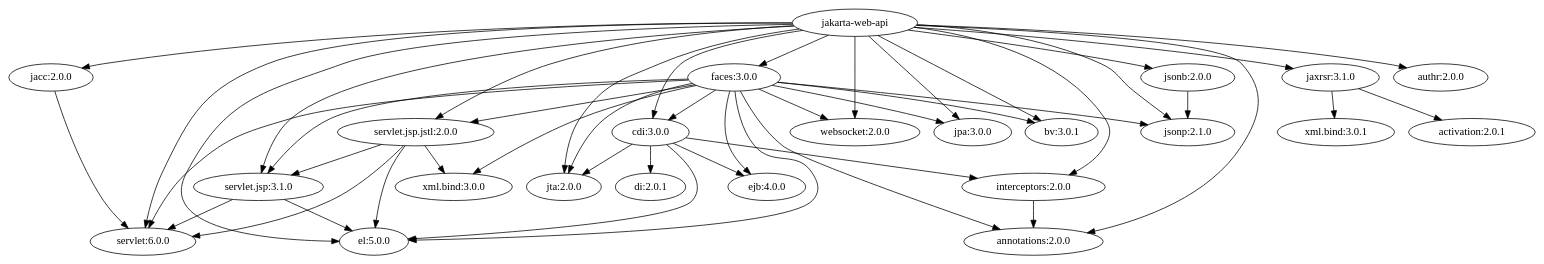
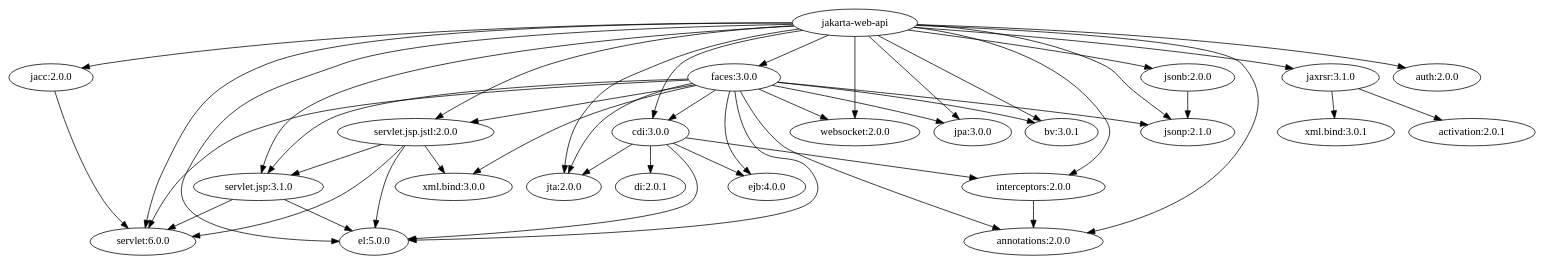
The diagram in specification/src/main/asciidoc/web-dependencies.adoc (jakartaee/platform), drawn with Graphviz before and after one commit.

Commit message:
Correct authentication label

```diff
--- a/specification/src/main/asciidoc/web-dependencies.adoc
+++ b/specification/src/main/asciidoc/web-dependencies.adoc
@@ -24,7 +24,7 @@
 interceptors [label="interceptors:2.0.0"];
 cdi [label="cdi:3.0.0"];
 di [label="di:2.0.1"];
-auth [label="authr:2.0.0"];
+auth [label="auth:2.0.0"];
 jacc [label="jacc:2.0.0"];
 xml_bind [label="xml.bind:3.0.1"];
 activation [label="activation:2.0.1"];
```
